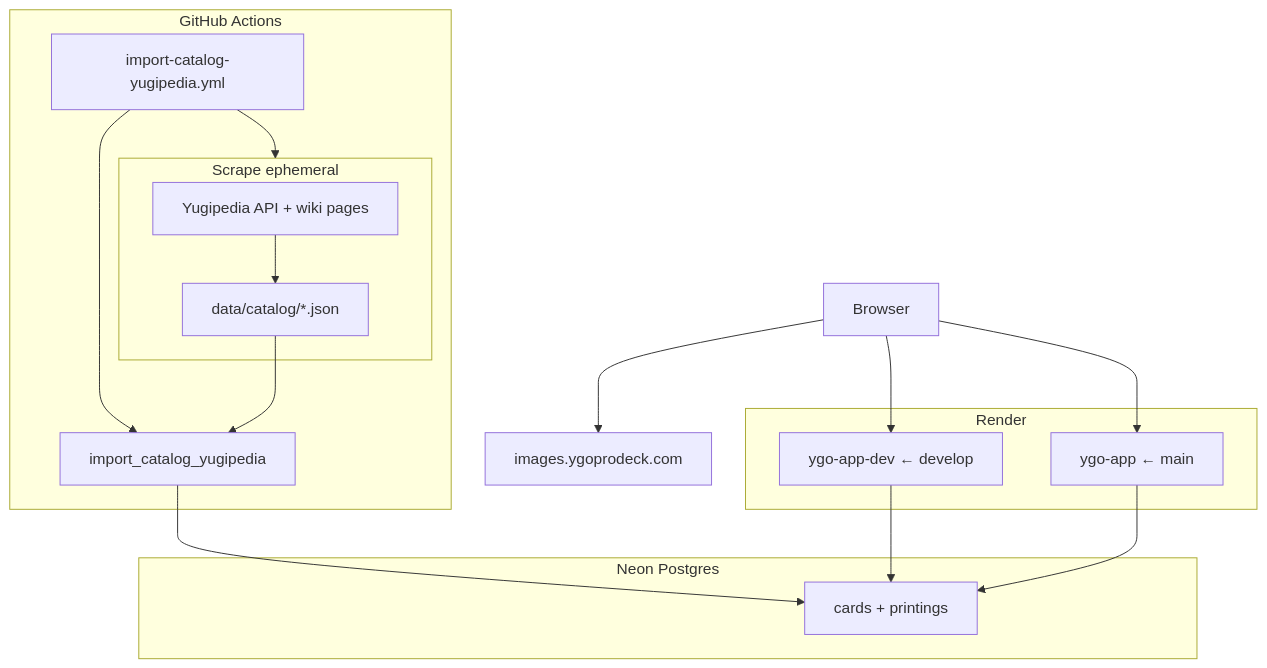
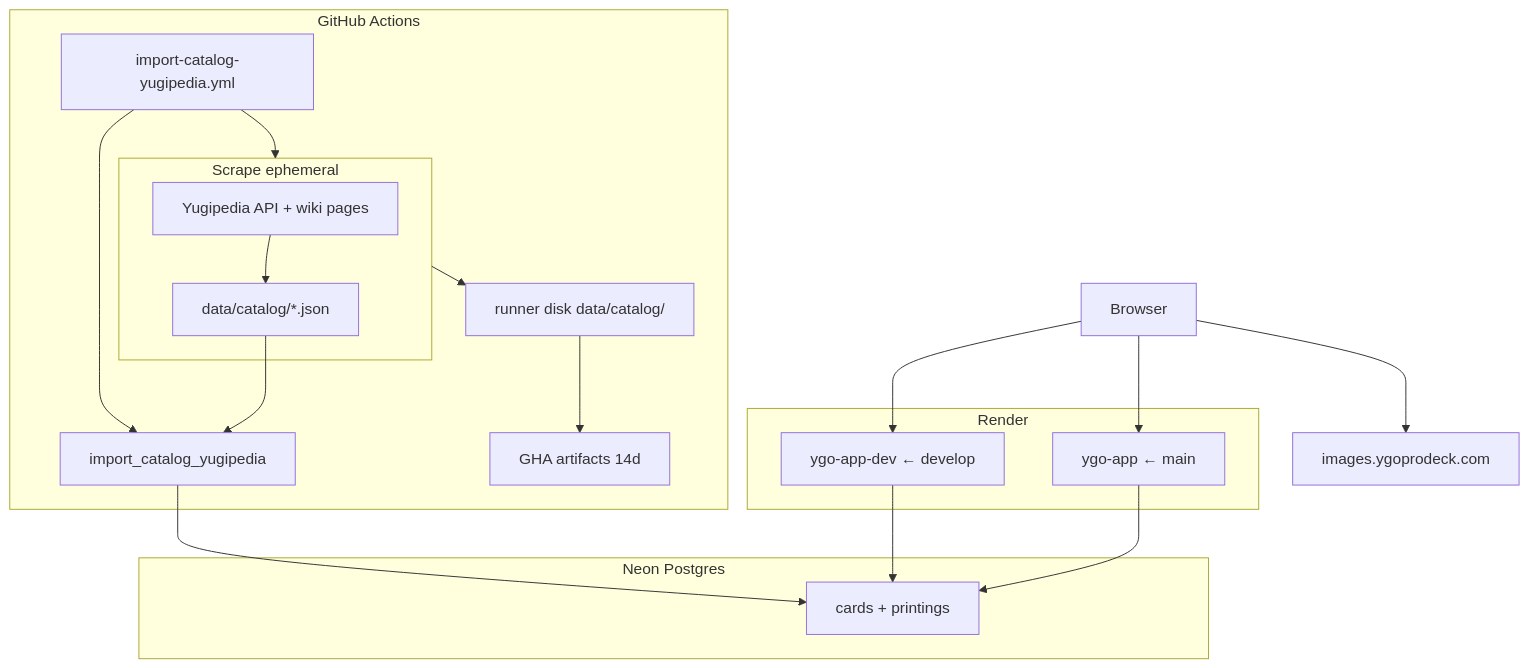
One commit to egera24/YGO-DB changed the diagram in agent_handoff.md. Above: the diagram before and after it, drawn with Mermaid. The commit also changed other lines of this file and 1 other file, not shown here.

````diff
--- a/agent_handoff.md
+++ b/agent_handoff.md
@@ -46,27 +46,31 @@
 ```mermaid
 flowchart TB
   subgraph scrape [Scrape ephemeral]
     Wiki[Yugipedia API + wiki pages]
     JSON["data/catalog/*.json"]
     Wiki --> JSON
   end
   subgraph gha [GitHub Actions]
     WF["import-catalog-yugipedia.yml"]
+    Runner["runner disk data/catalog/"]
+    Artifacts["GHA artifacts 14d"]
     WF --> scrape
     WF --> ImportJob[import_catalog_yugipedia]
+    scrape --> Runner
+    Runner --> Artifacts
   end
   subgraph neon [Neon Postgres]
     Cards[cards + printings]
   end
   subgraph render [Render]
     DevWeb["ygo-app-dev ← develop"]
     ProdWeb["ygo-app ← main"]
   end
   JSON --> ImportJob
   ImportJob --> Cards
   DevWeb --> Cards
   ProdWeb --> Cards
   Browser --> DevWeb
   Browser --> ProdWeb
   Browser --> CDN["images.ygoprodeck.com"]
 ```
````
